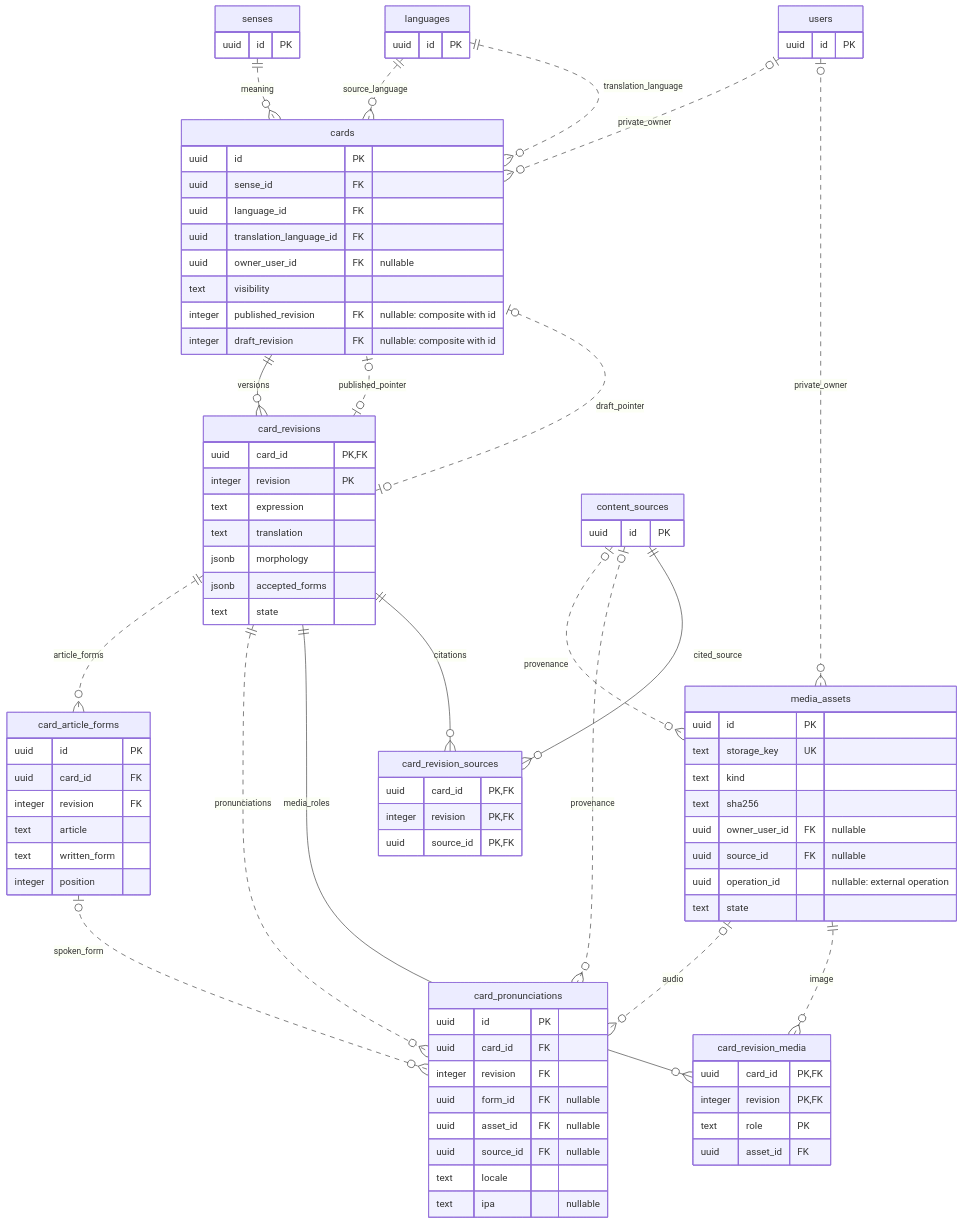
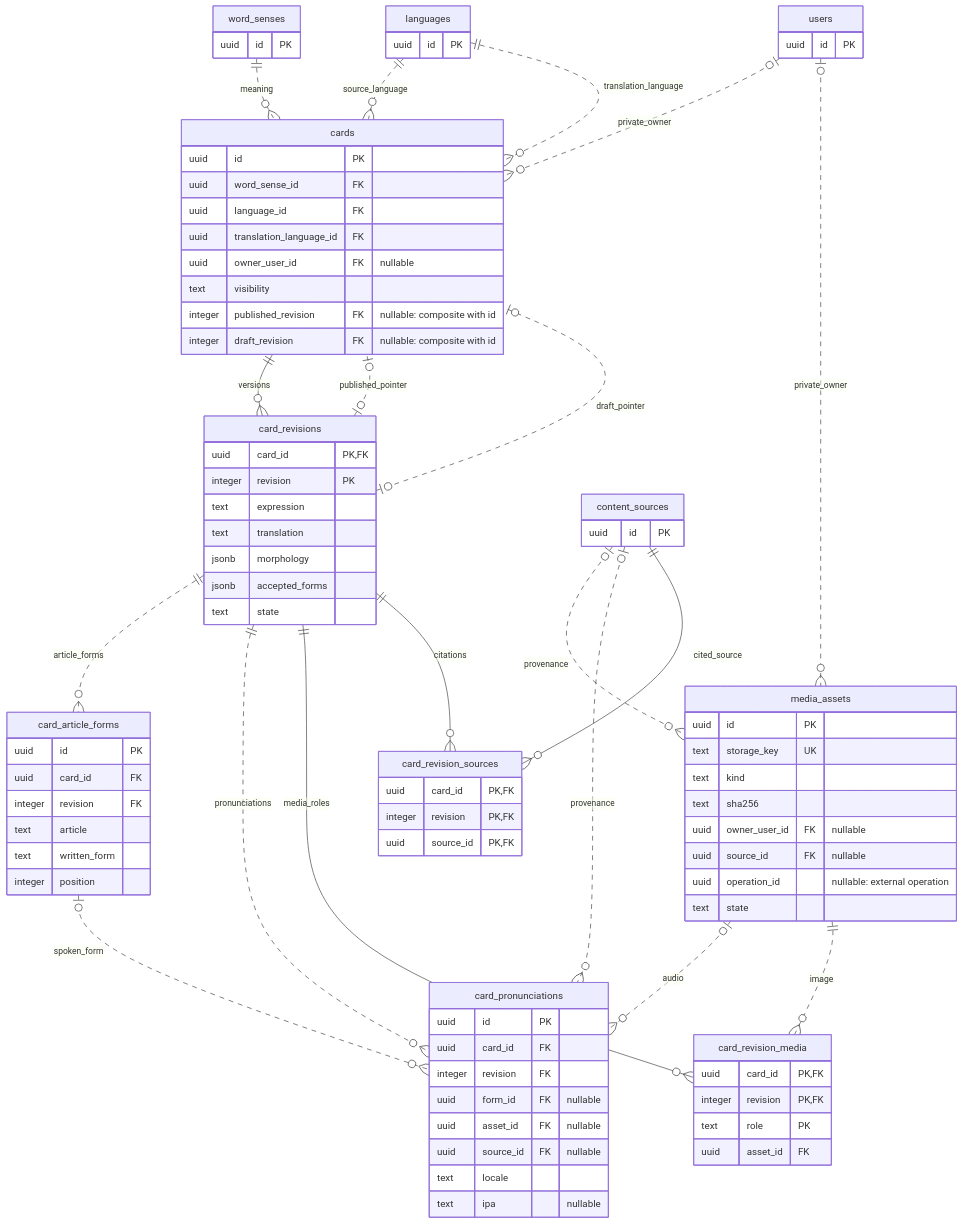
The fourth of 9 diagrams in doc/database-er.md (flairgc/kompotik), drawn with Mermaid before and after one commit. The commit also changed other lines of this file and 7 other files, not shown here.

````diff
--- a/doc/database-er.md
+++ b/doc/database-er.md
@@ -170,6 +170,6 @@
 ```mermaid
 erDiagram
-    senses["senses"] {
+    word_senses["word_senses"] {
         uuid id PK
     }
     languages["languages"] {
@@ -180,7 +180,7 @@
     }
     cards["cards"] {
         uuid id PK
-        uuid sense_id FK
+        uuid word_sense_id FK
         uuid language_id FK
         uuid translation_language_id FK
         uuid owner_user_id FK "nullable"
@@ -240,7 +240,7 @@
         uuid source_id PK, FK
     }
 
-    senses ||..o{ cards : meaning
+    word_senses ||..o{ cards : meaning
     languages ||..o{ cards : source_language
     languages ||..o{ cards : translation_language
     users |o..o{ cards : private_owner
````
